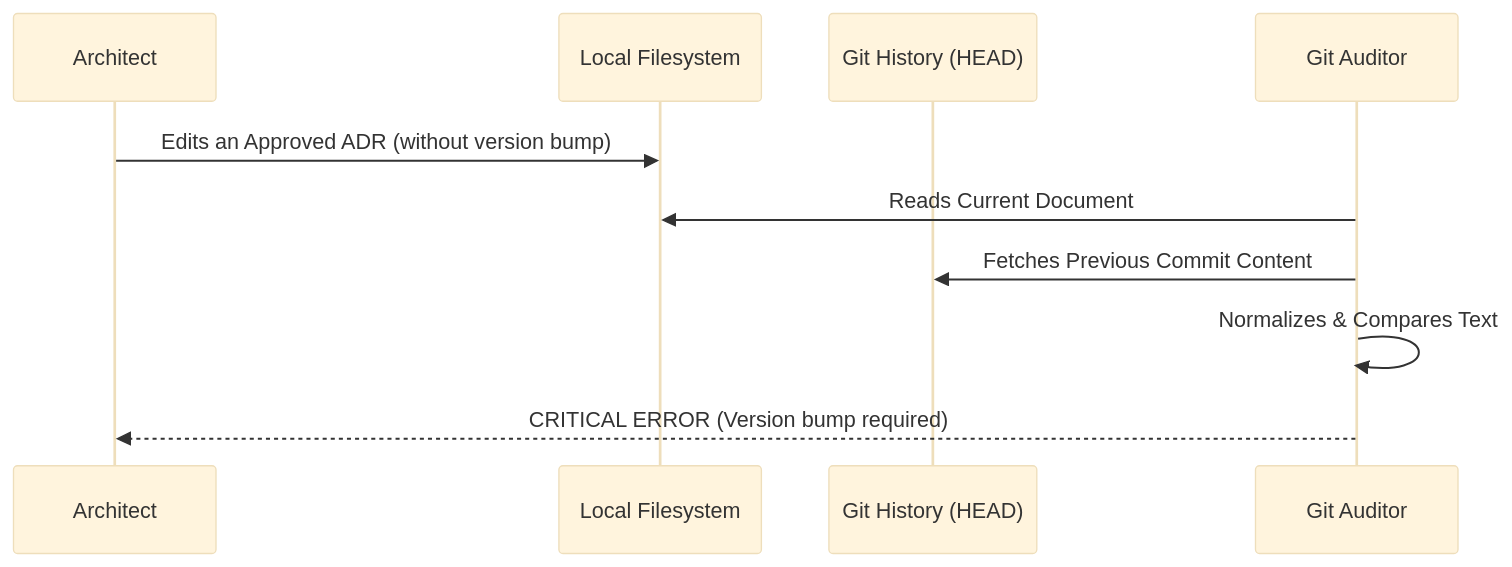
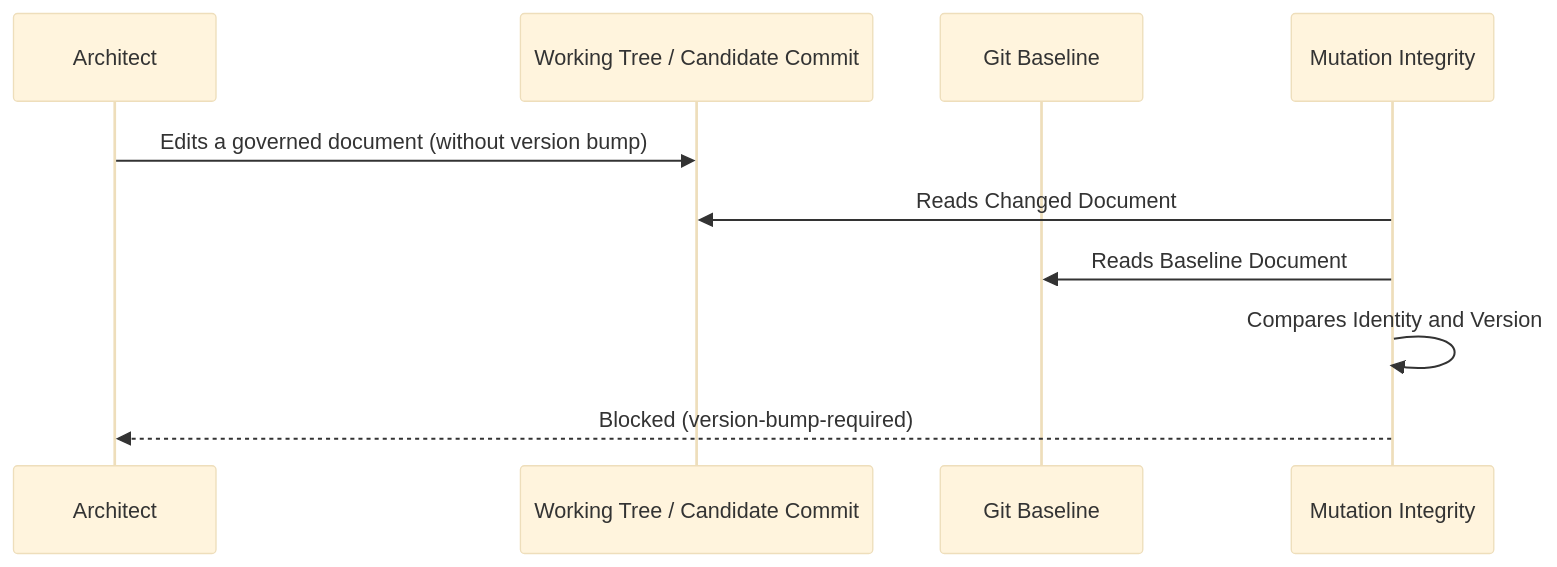
The fourth of 4 diagrams in governance/GDC-001-fitness-functions.md (scnehaux/codex), drawn with Mermaid (base theme) before and after one commit. The commit also changed other lines of this file and 3 other files, not shown here.

````diff
--- a/governance/GDC-001-fitness-functions.md
+++ b/governance/GDC-001-fitness-functions.md
@@ -780,13 +779,13 @@
 ```mermaid
 sequenceDiagram
     participant Dev as Architect
-    participant FS as Local Filesystem
-    participant Git as Git History (HEAD)
-    participant Engine as Git Auditor
+    participant FS as Working Tree / Candidate Commit
+    participant Git as Git Baseline
+    participant Engine as Mutation Integrity
 
-    Dev->>FS: Edits an Approved ADR (without version bump)
-    Engine->>FS: Reads Current Document
-    Engine->>Git: Fetches Previous Commit Content
-    Engine->>Engine: Normalizes & Compares Text
-    Engine-->>Dev: CRITICAL ERROR (Version bump required)
+    Dev->>FS: Edits a governed document (without version bump)
+    Engine->>FS: Reads Changed Document
+    Engine->>Git: Reads Baseline Document
+    Engine->>Engine: Compares Identity and Version
+    Engine-->>Dev: Blocked (version-bump-required)
 ```
````
